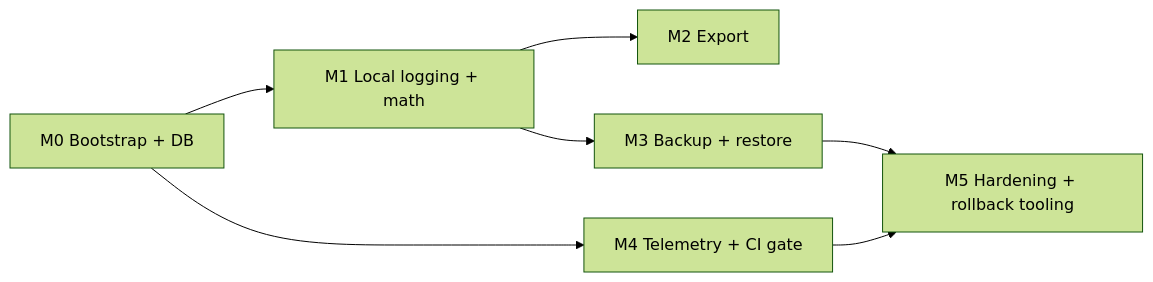
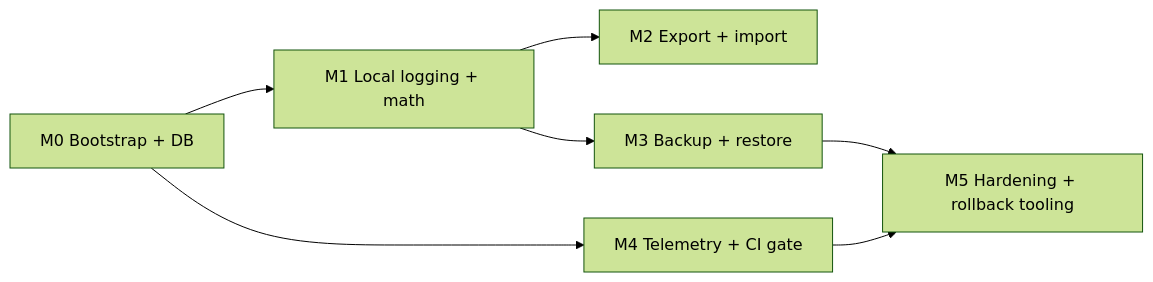
One commit to JMNofziger/cestovni changed the diagram in docs/product/delivery-plan-v1.md. Above: the diagram before and after it, drawn with Mermaid (forest theme). The commit also changed other lines of this file and 12 other files, not shown here.

````diff
--- a/docs/product/delivery-plan-v1.md
+++ b/docs/product/delivery-plan-v1.md
@@ -36,15 +40,15 @@
 ```mermaid
 flowchart LR
   M0[M0 Bootstrap + DB]
   M1[M1 Local logging + math]
-  M2[M2 Export]
+  M2[M2 Export + import]
   M3[M3 Backup + restore]
   M4[M4 Telemetry + CI gate]
   M5[M5 Hardening + rollback tooling]
   M0 --> M1
   M1 --> M2
   M1 --> M3
   M0 --> M4
   M3 --> M5
   M4 --> M5
 ```
````
